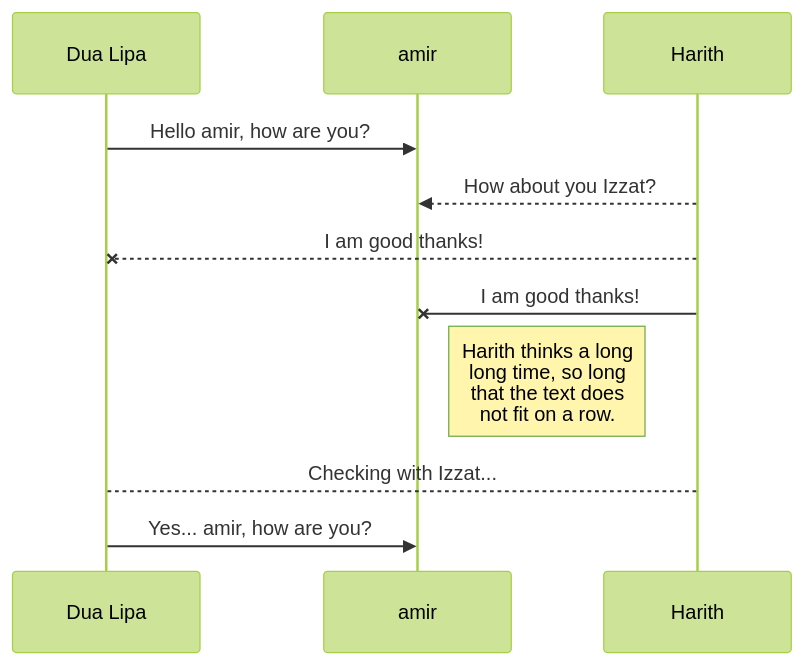
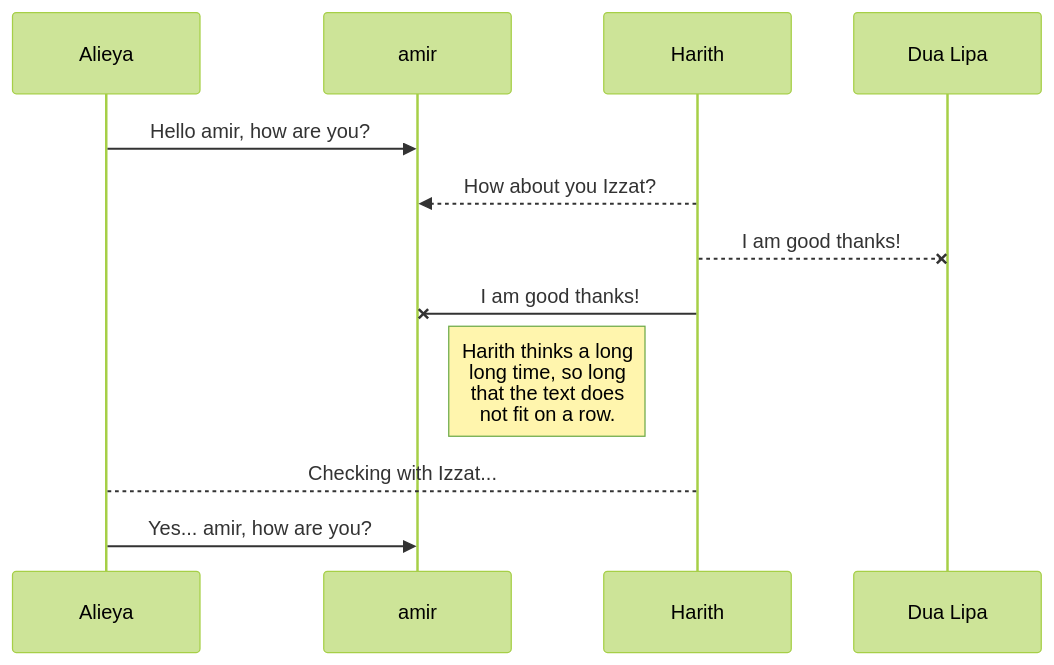
Before and after one commit to drshahizan/learn-github: the diagram in exercise/HPDP/IzzatHaqeemi/readme.md, drawn with Mermaid (forest theme).

````diff
--- a/exercise/HPDP/IzzatHaqeemi/readme.md
+++ b/exercise/HPDP/IzzatHaqeemi/readme.md
@@ -42,11 +42,11 @@
 ```mermaid
 sequenceDiagram
-Dua Lipa ->> amir: Hello amir, how are you?
+Alieya ->> amir: Hello amir, how are you?
 Harith-->> amir: How about you Izzat?
 Harith--x Dua Lipa: I am good thanks!
 Harith-x amir: I am good thanks!
 Note right of amir:Harith thinks a long<br/>long time, so long<br/>that the text does<br/>not fit on a row.
 
-Harith-->Dua Lipa: Checking with Izzat...
-Dua Lipa->> amir: Yes... amir, how are you?
+Harith-->Alieya: Checking with Izzat...
+Alieya->> amir: Yes... amir, how are you?
 ```
````
